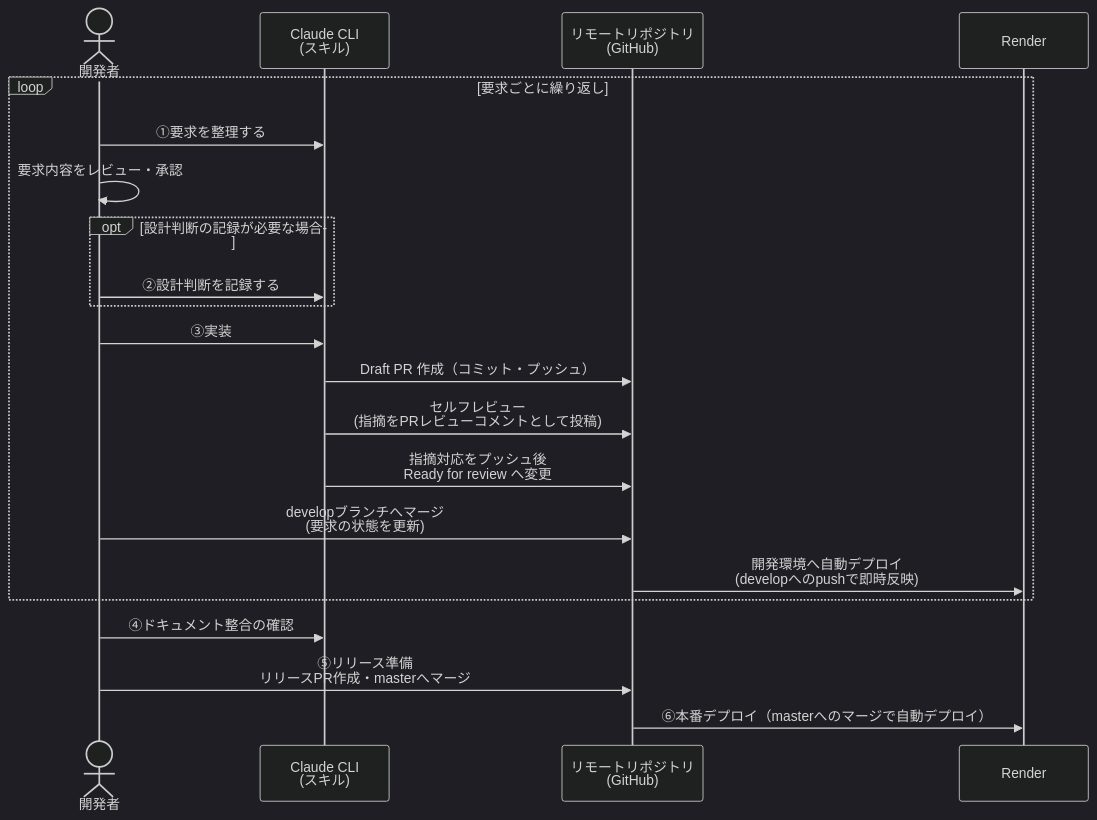
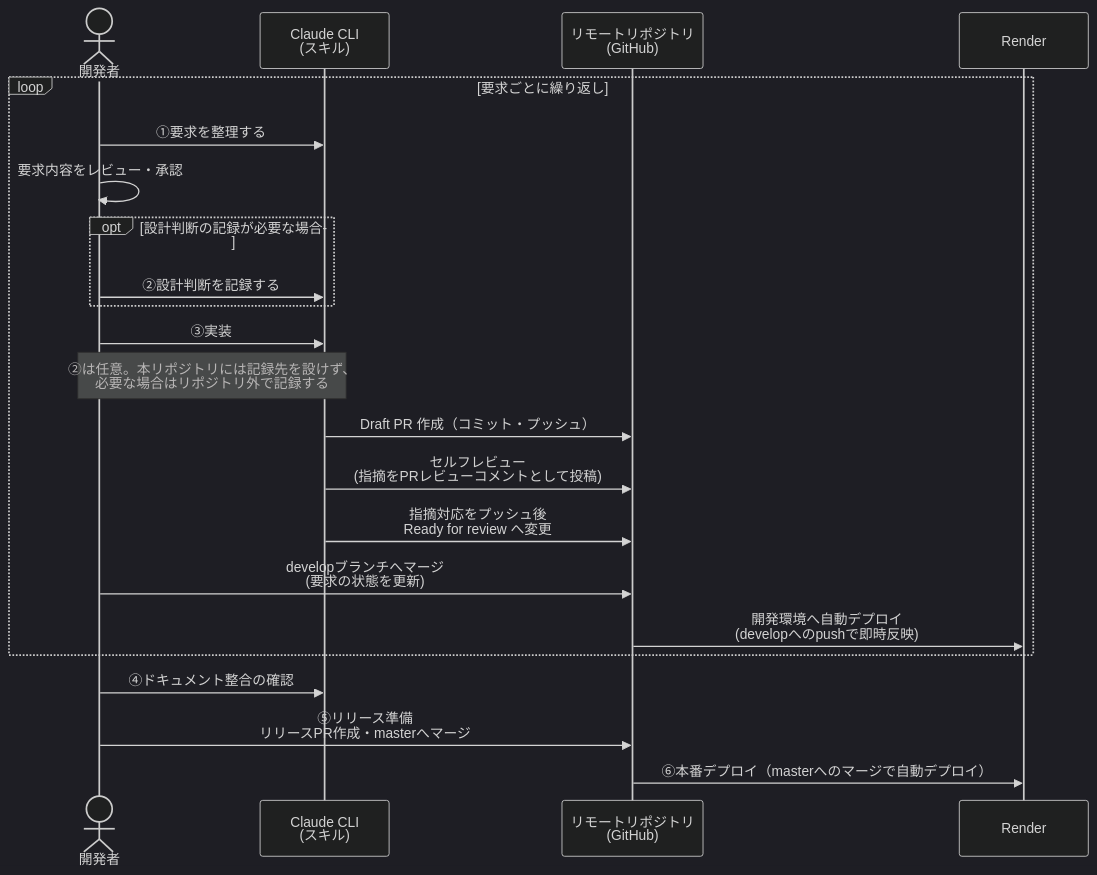
One commit to my-shelfio/ennx changed the diagram in .claude/rules/git-workflow.md. Above: the diagram before and after it, drawn with Mermaid (dark theme). The commit also changed other lines of this file and 4 other files, not shown here.

````diff
--- a/.claude/rules/git-workflow.md
+++ b/.claude/rules/git-workflow.md
@@ -92,24 +92,25 @@
 ```mermaid
 sequenceDiagram
     actor P1 as 開発者
     participant C as Claude CLI<br>(スキル)
     participant R as リモートリポジトリ<br>(GitHub)
     participant A as Render
 
     loop 要求ごとに繰り返し
         P1->>C: ①要求を整理する
         P1->>P1: 要求内容をレビュー・承認
         opt 設計判断の記録が必要な場合
             P1->>C: ②設計判断を記録する
         end
         P1->>C: ③実装
+        note over P1,C: ②は任意。本リポジトリには記録先を設けず、<br/>必要な場合はリポジトリ外で記録する
         C->>R: Draft PR 作成（コミット・プッシュ）
         C->>R: セルフレビュー<br>(指摘をPRレビューコメントとして投稿)
         C->>R: 指摘対応をプッシュ後<br>Ready for review へ変更
         P1->>R: developブランチへマージ<br>(要求の状態を更新)
         R->>A: 開発環境へ自動デプロイ<br>(developへのpushで即時反映)
     end
     P1->>C: ④ドキュメント整合の確認
     P1->>R: ⑤リリース準備<br>リリースPR作成・masterへマージ
     R->>A: ⑥本番デプロイ（masterへのマージで自動デプロイ）
 ```
````
